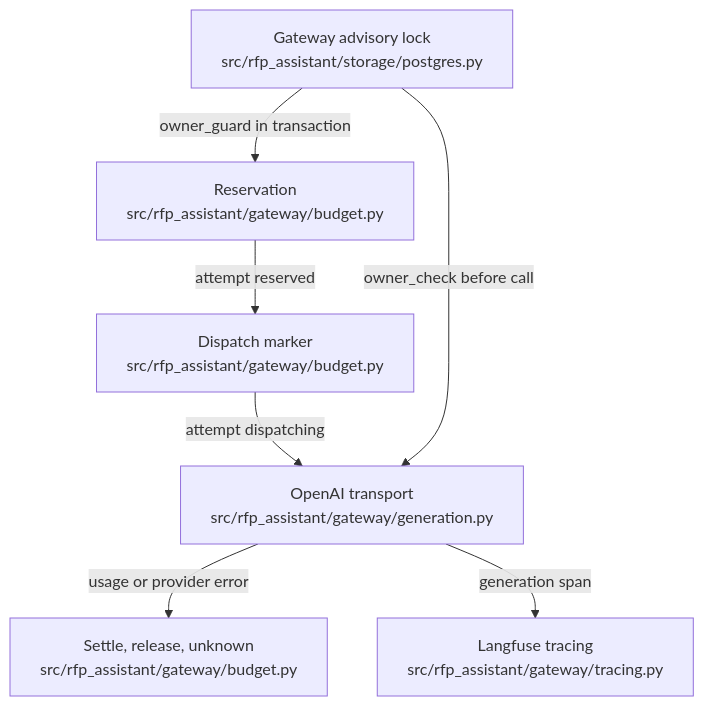
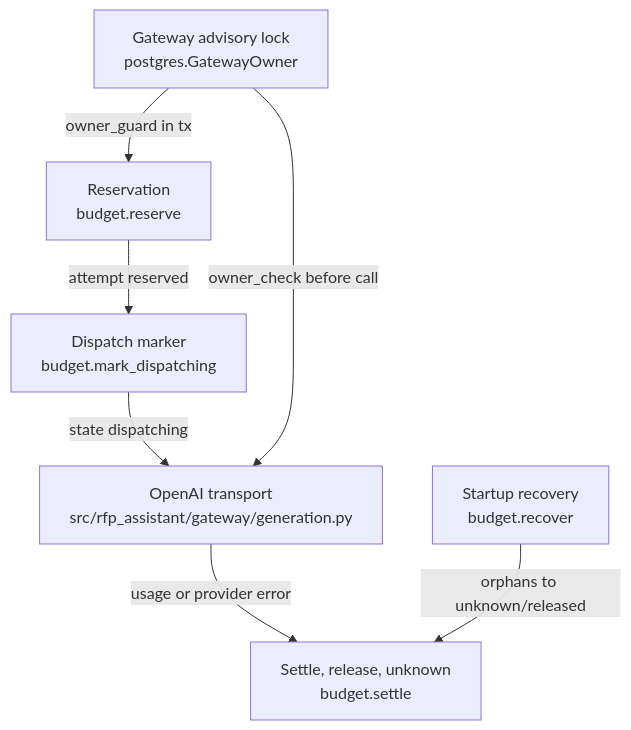
Before and after one commit to littleeeeebit/project-codeit-mid: the diagram in .omm/overall-architecture/paid-gateway/diagram.mmd, drawn with Mermaid. The commit also changed 367 other files, not shown here.

```diff
--- a/.omm/overall-architecture/paid-gateway/diagram.mmd
+++ b/.omm/overall-architecture/paid-gateway/diagram.mmd
@@ -1,13 +1,7 @@
 graph TD
-  ledger-reservation["Reservation\nsrc/rfp_assistant/gateway/budget.py"]
-  dispatch-marker["Dispatch marker\nsrc/rfp_assistant/gateway/budget.py"]
-  openai-transport["OpenAI transport\nsrc/rfp_assistant/gateway/generation.py"]
-  settlement["Settle, release, unknown\nsrc/rfp_assistant/gateway/budget.py"]
-  gateway-owner["Gateway advisory lock\nsrc/rfp_assistant/storage/postgres.py"]
-  langfuse-tracing["Langfuse tracing\nsrc/rfp_assistant/gateway/tracing.py"]
-  ledger-reservation -->|attempt reserved| dispatch-marker
-  dispatch-marker -->|attempt dispatching| openai-transport
-  openai-transport -->|usage or provider error| settlement
-  gateway-owner -->|owner_guard in transaction| ledger-reservation
-  gateway-owner -->|owner_check before call| openai-transport
-  openai-transport -->|generation span| langfuse-tracing
+  gateway-owner["Gateway advisory lock\npostgres.GatewayOwner"] -->|"owner_guard in tx"| admission["Reservation\nbudget.reserve"]
+  admission -->|"attempt reserved"| dispatch-guard["Dispatch marker\nbudget.mark_dispatching"]
+  dispatch-guard -->|"state dispatching"| openai-transport["OpenAI transport\nsrc/rfp_assistant/gateway/generation.py"]
+  gateway-owner -->|"owner_check before call"| openai-transport
+  openai-transport -->|"usage or provider error"| settlement["Settle, release, unknown\nbudget.settle"]
+  startup-recovery["Startup recovery\nbudget.recover"] -->|"orphans to unknown/released"| settlement
```
